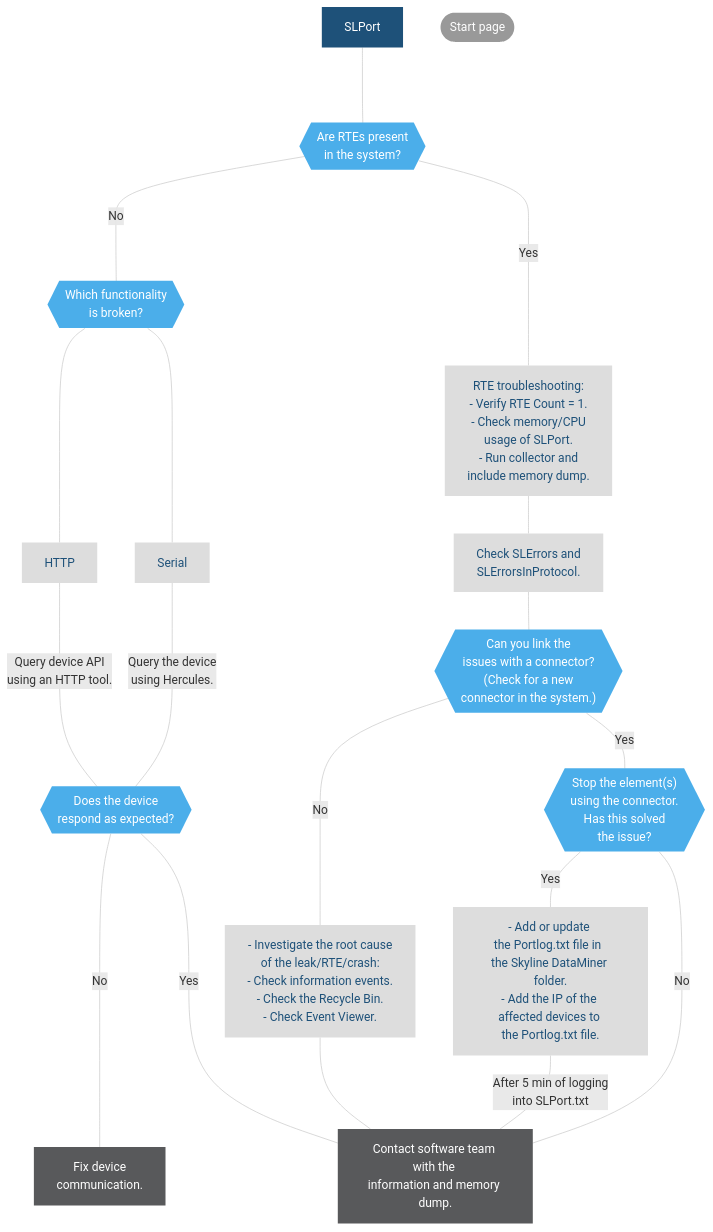
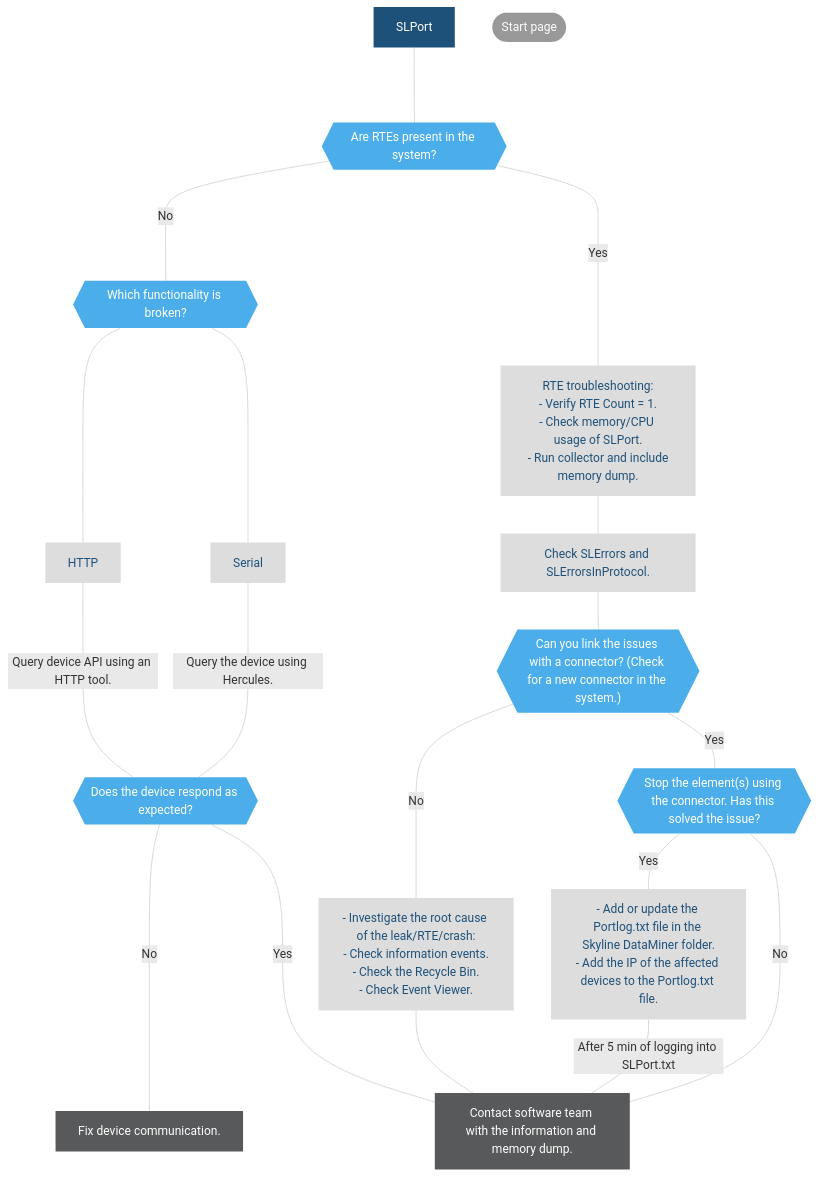
One commit to SkylineCommunications/dataminer-docs changed the diagram in user-guide/Troubleshooting/Troubleshooting_Flowcharts/Troubleshooting_Process_Identification/Polling_processes/Troubleshooting_SLPort_exe.md. Above: the diagram before and after it, drawn with Mermaid. The commit also changed 8 other files, not shown here.

````diff
--- a/user-guide/Troubleshooting/Troubleshooting_Flowcharts/Troubleshooting_Process_Identification/Polling_processes/Troubleshooting_SLPort_exe.md
+++ b/user-guide/Troubleshooting/Troubleshooting_Flowcharts/Troubleshooting_Process_Identification/Polling_processes/Troubleshooting_SLPort_exe.md
@@ -15,31 +15,31 @@
 ```mermaid
 %%{init: { 'theme': 'base', 'themeVariables': { 'edgeLabelBackground':'#fff', 'fontFamily' : 'Segoe UI'}}}%%
 flowchart TD
 A[SLPort]:::Start
-A----L{{"Are RTEs present <br>in the system?"}}:::Decision
-L----|No|U{{"Which functionality <br>is broken?"}}:::Decision
+A----L{{"Are RTEs present in the system?"}}:::Decision
+L----|No|U{{"Which functionality is broken?"}}:::Decision
 U----M["HTTP"]:::InfoAccNoClick
-M----|Query device API <br>using an HTTP tool.|S
+M----|Query device API using an HTTP tool.|S
 U----N["Serial"]:::InfoAccNoClick
-N----|Query the device <br>using Hercules.|S{{"Does the device <br>respond as expected?"}}:::Decision
-S----|No|T["Fix device <br>communication."]:::Solution
+N----|Query the device using Hercules.|S{{"Does the device respond as expected?"}}:::Decision
+S----|No|T["Fix device communication."]:::Solution
 S----|Yes|I
-L---|Yes|F["RTE troubleshooting:<br/>- Verify RTE Count = 1.<br/>- Check memory/CPU <br>usage of SLPort.<br/> - Run collector and <br>include memory dump."]:::InfoAccNoClick
-F---G["Check SLErrors and <br>SLErrorsInProtocol."]:::InfoAccNoClick
-G---H{{"Can you link the <br>issues with a connector?<br/>(Check for a new <br>connector in the system.)"}}:::Decision
-H---|Yes|K{{"Stop the element(s) <br>using the connector.<br/>Has this solved <br>the issue?"}}:::Decision
-H---|No|J["- Investigate the root cause <br>of the leak/RTE/crash:<br/>- Check information events.<br/>- Check the Recycle Bin.<br/>- Check Event Viewer."]:::InfoAccNoClick
+L---|Yes|F["RTE troubleshooting:<br/>- Verify RTE Count = 1.<br/>- Check memory/CPU usage of SLPort.<br/> - Run collector and include memory dump."]:::InfoAccNoClick
+F---G["Check SLErrors and SLErrorsInProtocol."]:::InfoAccNoClick
+G---H{{"Can you link the issues with a connector? (Check for a new connector in the system.)"}}:::Decision
+H---|Yes|K{{"Stop the element(s) using the connector. Has this solved the issue?"}}:::Decision
+H---|No|J["- Investigate the root cause of the leak/RTE/crash:<br/>- Check information events.<br/>- Check the Recycle Bin.<br/>- Check Event Viewer."]:::InfoAccNoClick
 J---I
-K---|Yes|Log["- Add or update <br>the Portlog.txt file in  <br/>the Skyline DataMiner folder.<br/>- Add the IP of the <br>affected devices to <br/>the Portlog.txt file."]:::InfoAccNoClick
-Log---|After 5 min of logging<br/> into SLPort.txt|I
-K---|No|I["Contact software team with the <br/>information and memory dump."]:::Solution
+K---|Yes|Log["- Add or update the Portlog.txt file in the Skyline DataMiner folder.<br/>- Add the IP of the affected devices to the Portlog.txt file."]:::InfoAccNoClick
+Log---|After 5 min of logging into SLPort.txt|I
+K---|No|I["Contact software team with the information and memory dump."]:::Solution
 XX([Start page]):::InfoAccClick
 click XX "/user-guide/Troubleshooting/Troubleshooting_Flowcharts/Finding_a_Root_Cause.html" "Go to the start page"
 linkStyle default stroke:#cccccc
 classDef ExtRef fill:#9DDAF5,stroke:#000070,stroke-width:0px, color:#1E5179;
 classDef Decision fill:#4BAEEA,stroke:#000070,stroke-width:0px, color:#FFFFFF;
 classDef Start fill:#1E5179,stroke:#000070,stroke-width:0px, color:#FFFFFF;
 classDef Solution fill:#58595B,stroke:#000070,stroke-width:0px, color:#FFFFFF;
 classDef InfoAccClick fill:#999999,stroke:#000070,stroke-width:0px, color:#FFFFFF;
 classDef InfoAccNoClick fill:#DDDDDD,stroke:#000070,stroke-width:0px, color:#1E5179;
 ```
````
